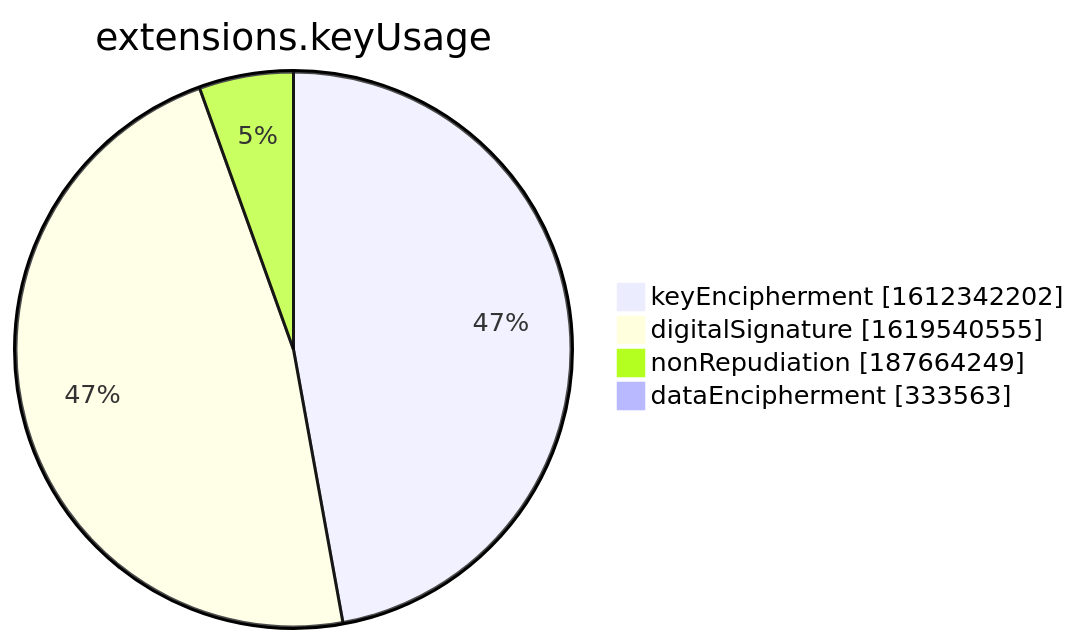
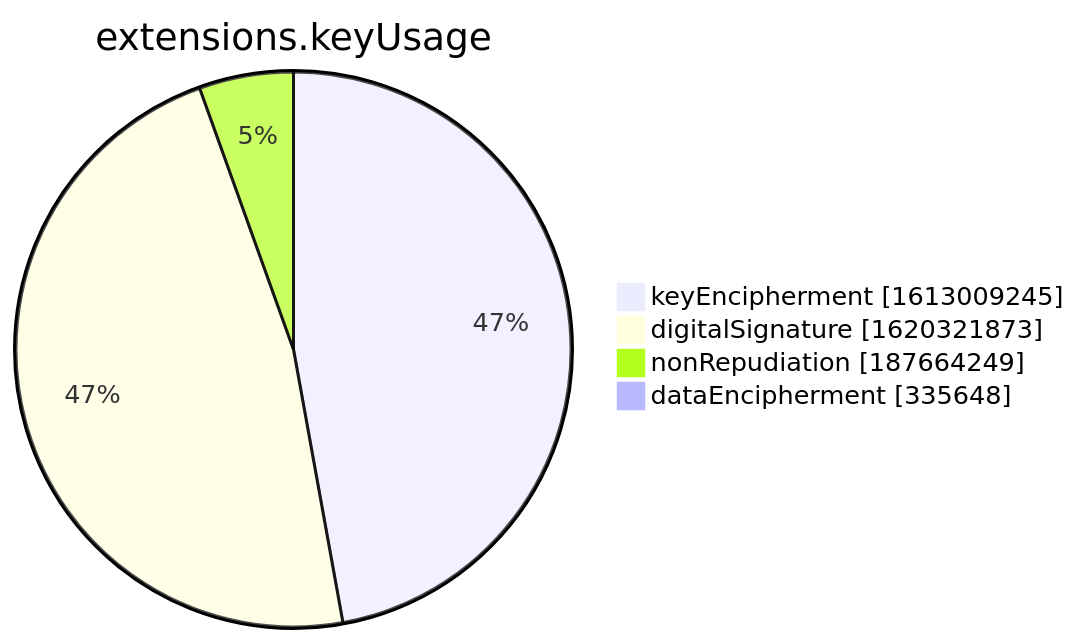
One commit to christiankrug/ctmonitor_visualization changed the seventh of 15 diagrams in xenon2022/README.md. Above: the diagram before and after it, drawn with Mermaid. The commit also changed other lines of this file, not shown here.

````diff
--- a/xenon2022/README.md
+++ b/xenon2022/README.md
@@ -2855,8 +2855,8 @@
 ```mermaid
 pie showData
 title extensions.keyUsage
-"keyEncipherment" :1612342202
-"digitalSignature" :1619540555
+"keyEncipherment" :1613009245
+"digitalSignature" :1620321873
 "nonRepudiation" :187664249
-"dataEncipherment" :333563
+"dataEncipherment" :335648
 ```
````
